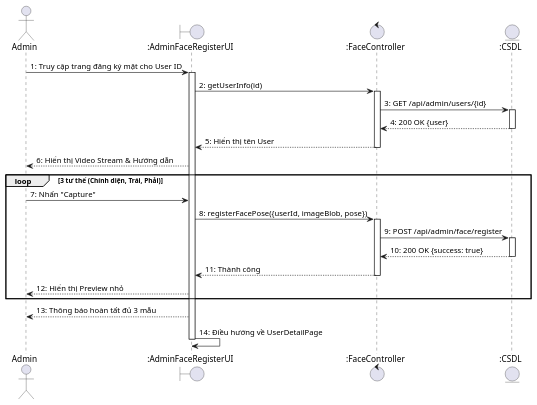
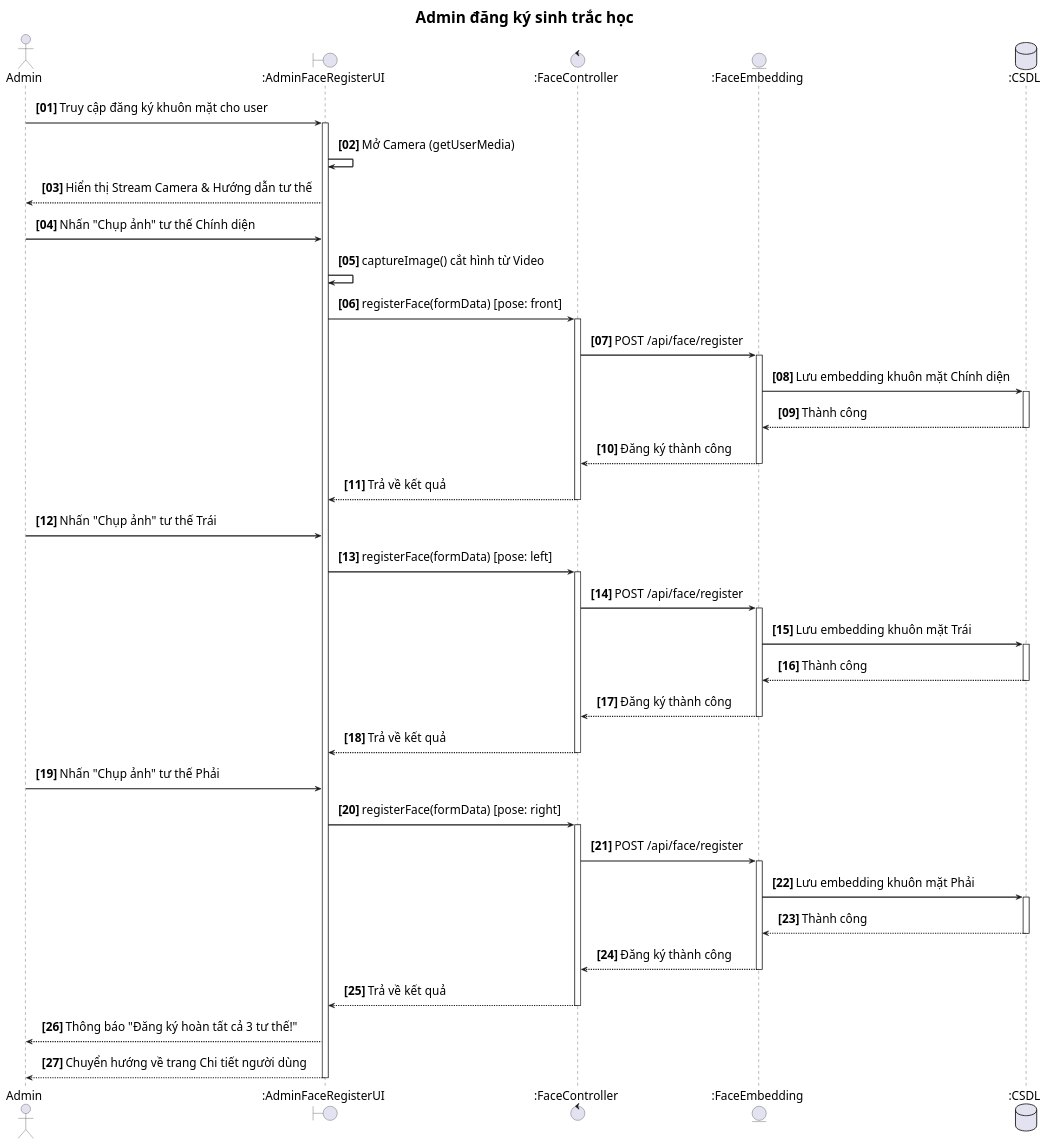
The diagram in front-end/src/usecaseUML/UC70_AdminDangKyMat.puml (Gonztbl/DATN_FRONT-END), drawn with PlantUML before and after one commit. The commit also changed 45 other files, not shown here.

```diff
--- a/front-end/src/usecaseUML/UC70_AdminDangKyMat.puml
+++ b/front-end/src/usecaseUML/UC70_AdminDangKyMat.puml
@@ -1,37 +1,81 @@
 @startuml UC70_AdminDangKyMat
-actor Admin
+title Admin đăng ký sinh trắc học
+
+autonumber "<b>[00]</b>"
+skinparam sequenceArrowThickness 2
+skinparam roundcorner 10
+skinparam defaultFontSize 20
+skinparam titleFontSize 26
+skinparam sequenceFontSize 19
+skinparam sequenceMessageFontSize 20
+skinparam sequenceActorFontSize 20
+skinparam sequenceParticipantFontSize 20
+skinparam noteFontSize 18
+skinparam sequenceArrowFontSize 20
+skinparam sequence {
+    ParticipantPadding 30
+    LifeLinePadding 20
+    MessagePadding 10
+}
+
+actor "Admin" as Admin
 boundary ":AdminFaceRegisterUI" as UI
 control ":FaceController" as CTRL
-entity ":CSDL" as DB
+entity ":FaceEmbedding" as ENT
+database ":CSDL" as DB
 
-Admin -> UI : 1: Truy cập trang đăng ký mặt cho User ID
+Admin -> UI : Truy cập đăng ký khuôn mặt cho user
 activate UI
 
-UI -> CTRL : 2: getUserInfo(id)
+UI -> UI : Mở Camera (getUserMedia)
+UI --> Admin : Hiển thị Stream Camera & Hướng dẫn tư thế
+
+Admin -> UI : Nhấn "Chụp ảnh" tư thế Chính diện
+UI -> UI : captureImage() cắt hình từ Video
+
+UI -> CTRL : registerFace(formData) [pose: front]
 activate CTRL
-CTRL -> DB : 3: GET /api/admin/users/{id}
+CTRL -> ENT : POST /api/face/register
+activate ENT
+ENT -> DB : Lưu embedding khuôn mặt Chính diện
 activate DB
-DB --> CTRL : 4: 200 OK {user}
+DB --> ENT : Thành công
 deactivate DB
-CTRL --> UI : 5: Hiển thị tên User
+ENT --> CTRL : Đăng ký thành công
+deactivate ENT
+CTRL --> UI : Trả về kết quả
 deactivate CTRL
 
-UI --> Admin : 6: Hiển thị Video Stream & Hướng dẫn
+Admin -> UI : Nhấn "Chụp ảnh" tư thế Trái
+UI -> CTRL : registerFace(formData) [pose: left]
+activate CTRL
+CTRL -> ENT : POST /api/face/register
+activate ENT
+ENT -> DB : Lưu embedding khuôn mặt Trái
+activate DB
+DB --> ENT : Thành công
+deactivate DB
+ENT --> CTRL : Đăng ký thành công
+deactivate ENT
+CTRL --> UI : Trả về kết quả
+deactivate CTRL
 
-loop 3 tư thế (Chính diện, Trái, Phải)
-    Admin -> UI : 7: Nhấn "Capture"
-    UI -> CTRL : 8: registerFacePose({userId, imageBlob, pose})
-    activate CTRL
-    CTRL -> DB : 9: POST /api/admin/face/register
-    activate DB
-    DB --> CTRL : 10: 200 OK {success: true}
-    deactivate DB
-    CTRL --> UI : 11: Thành công
-    deactivate CTRL
-    UI --> Admin : 12: Hiển thị Preview nhỏ
-end
+Admin -> UI : Nhấn "Chụp ảnh" tư thế Phải
+UI -> CTRL : registerFace(formData) [pose: right]
+activate CTRL
+CTRL -> ENT : POST /api/face/register
+activate ENT
+ENT -> DB : Lưu embedding khuôn mặt Phải
+activate DB
+DB --> ENT : Thành công
+deactivate DB
+ENT --> CTRL : Đăng ký thành công
+deactivate ENT
+CTRL --> UI : Trả về kết quả
+deactivate CTRL
 
-UI --> Admin : 13: Thông báo hoàn tất đủ 3 mẫu
-UI -> UI : 14: Điều hướng về UserDetailPage
+UI --> Admin : Thông báo "Đăng ký hoàn tất cả 3 tư thế!"
+UI --> Admin : Chuyển hướng về trang Chi tiết người dùng
+
 deactivate UI
 @enduml
```
